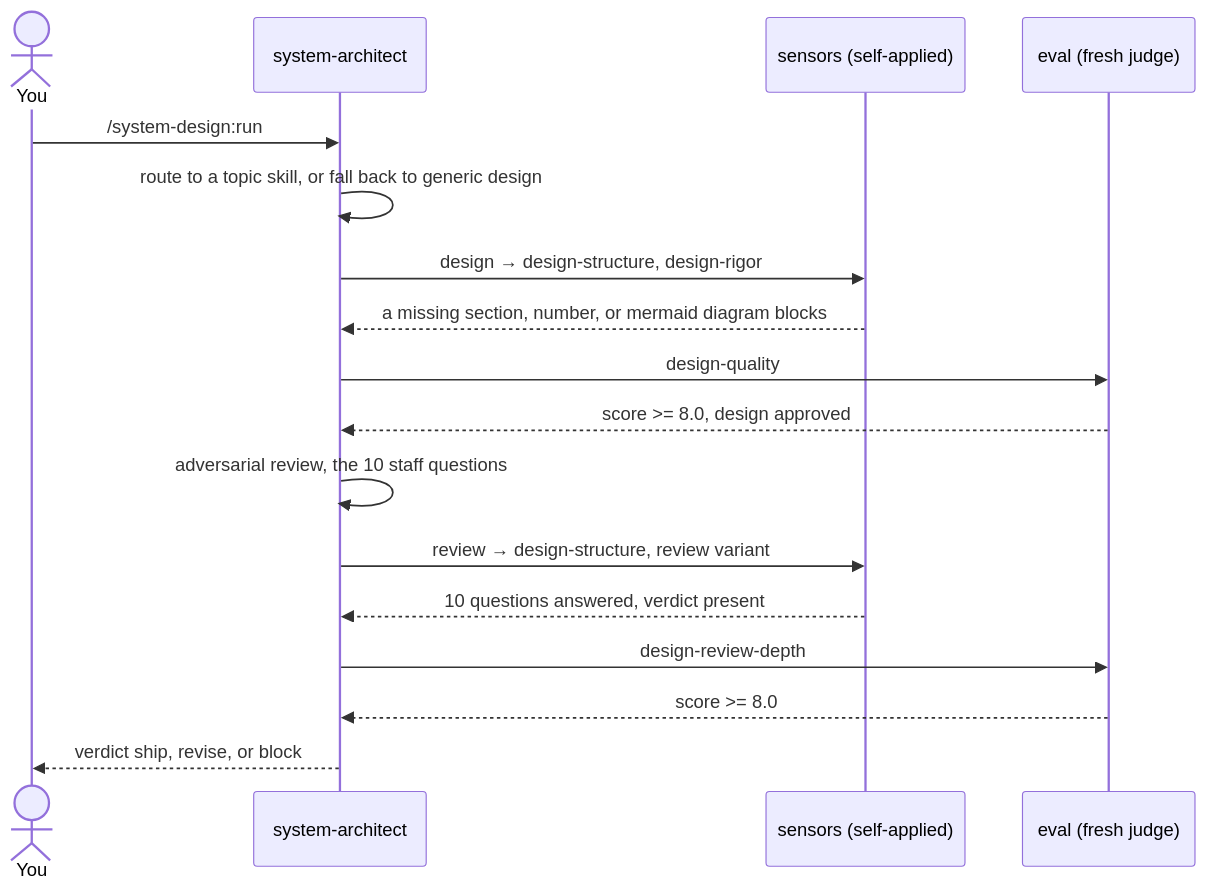
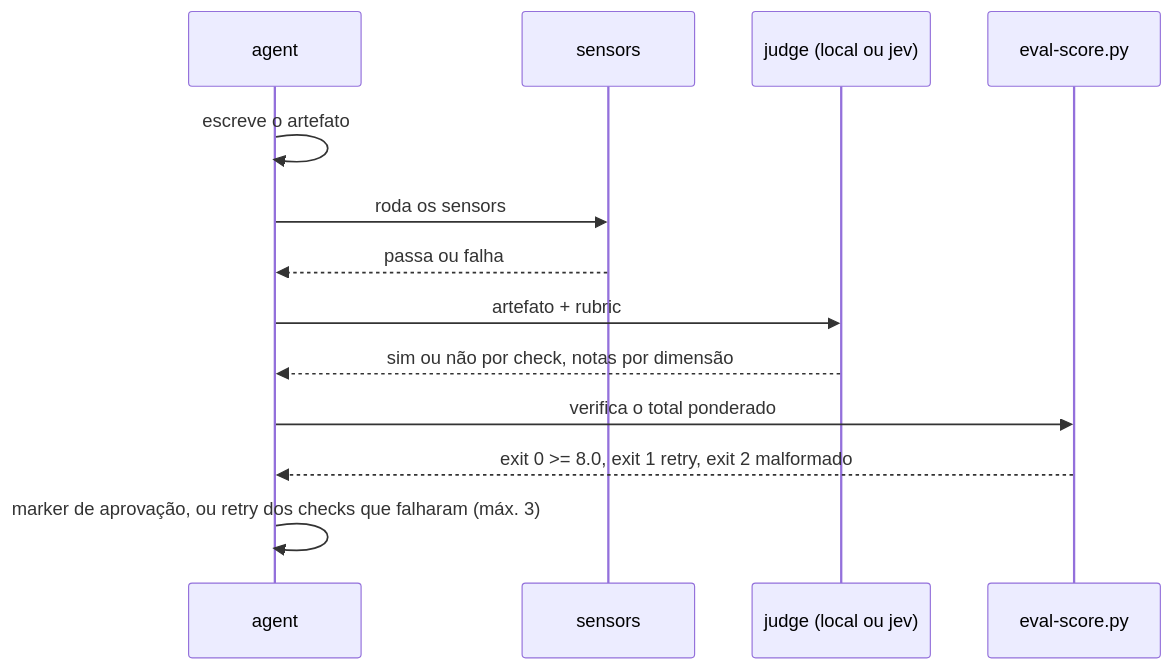
Before and after one commit to Pierry/harness-kit: the diagram in wiki-i18n/pt/Agent-Pipelines.md, drawn with Mermaid. The commit also changed other lines of this file and 130 other files, not shown here.

````diff
--- a/wiki-i18n/pt/Agent-Pipelines.md
+++ b/wiki-i18n/pt/Agent-Pipelines.md
@@ -142,20 +11,15 @@
 ```mermaid
 sequenceDiagram
-    actor You
-    participant SA as system-architect
-    participant S as sensors (self-applied)
-    participant E as eval (fresh judge)
-
-    You->>SA: /system-design:run
-    SA->>SA: route to a topic skill, or fall back to generic design
-    SA->>S: design → design-structure, design-rigor
-    S-->>SA: a missing section, number, or mermaid diagram blocks
-    SA->>E: design-quality
-    E-->>SA: score >= 8.0, design approved
-    SA->>SA: adversarial review, the 10 staff questions
-    SA->>S: review → design-structure, review variant
-    S-->>SA: 10 questions answered, verdict present
-    SA->>E: design-review-depth
-    E-->>SA: score >= 8.0
-    SA-->>You: verdict ship, revise, or block
+    participant A as agent
+    participant S as sensors
+    participant J as judge (local ou jev)
+    participant V as eval-score.py
+    A->>A: escreve o artefato
+    A->>S: roda os sensors
+    S-->>A: passa ou falha
+    A->>J: artefato + rubric
+    J-->>A: sim ou não por check, notas por dimensão
+    A->>V: verifica o total ponderado
+    V-->>A: exit 0 >= 8.0, exit 1 retry, exit 2 malformado
+    A->>A: marker de aprovação, ou retry dos checks que falharam (máx. 3)
 ```
````
